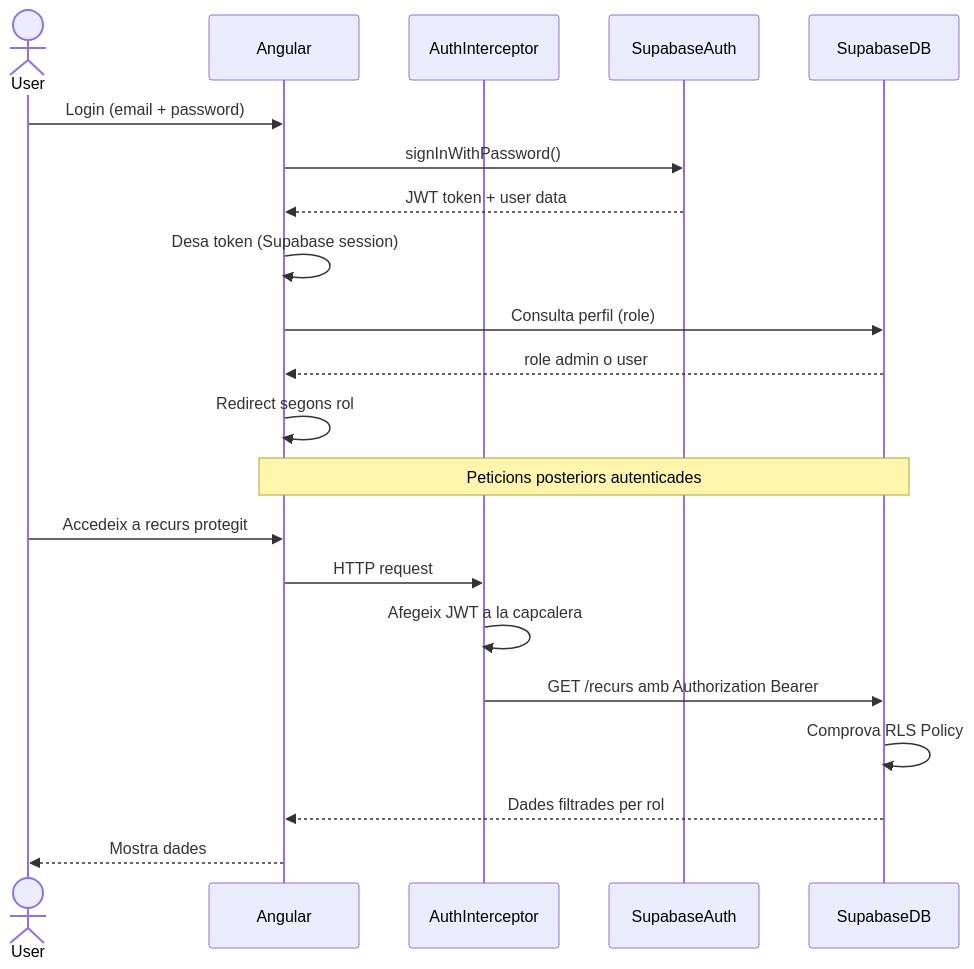
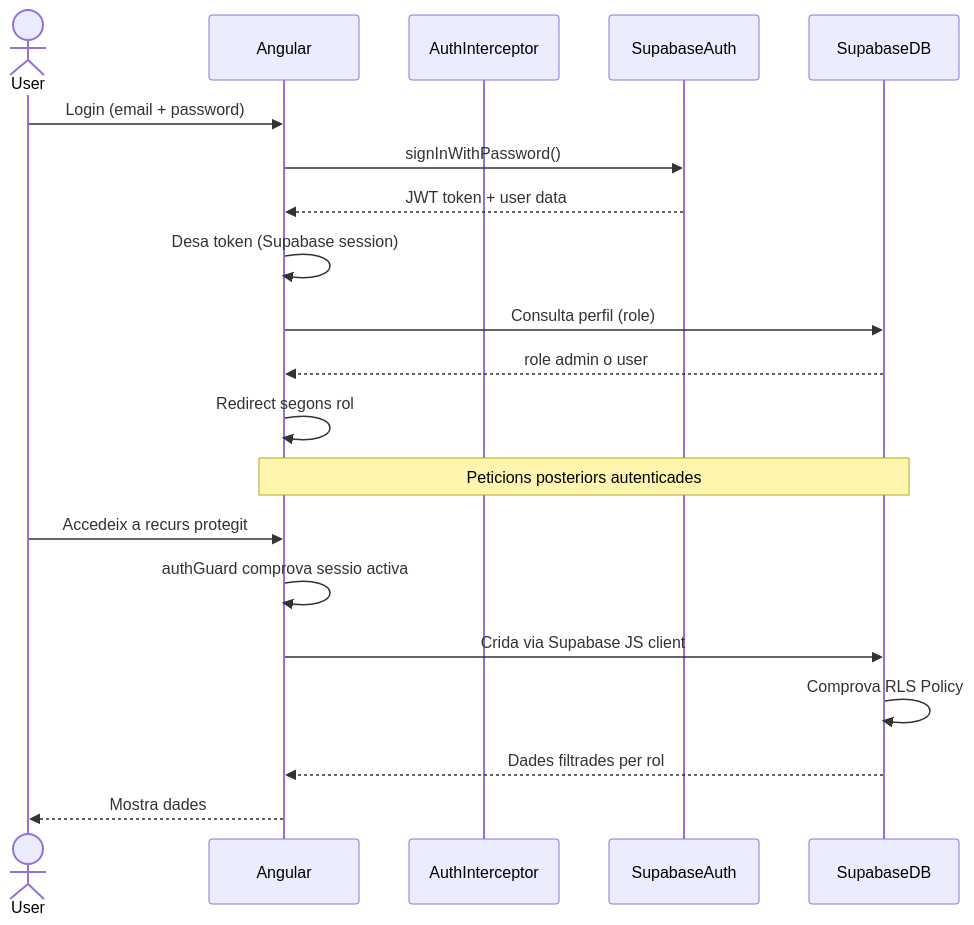
One commit to isahun/winter-garden changed the fifth of 8 diagrams in DIAGRAMS.md. Above: the diagram before and after it, drawn with Mermaid. The commit also changed other lines of this file, not shown here.

Commit message:
docs(diagrams): fix architecture, ER, admin flow and auth sequence to match real implementation

````diff
--- a/DIAGRAMS.md
+++ b/DIAGRAMS.md
@@ -213,26 +226,25 @@
 ```mermaid
 sequenceDiagram
     actor User
     participant Angular
     participant AuthInterceptor
     participant SupabaseAuth
     participant SupabaseDB
 
     User->>Angular: Login (email + password)
     Angular->>SupabaseAuth: signInWithPassword()
     SupabaseAuth-->>Angular: JWT token + user data
     Angular->>Angular: Desa token (Supabase session)
     Angular->>SupabaseDB: Consulta perfil (role)
     SupabaseDB-->>Angular: role admin o user
     Angular->>Angular: Redirect segons rol
 
     Note over Angular,SupabaseDB: Peticions posteriors autenticades
 
     User->>Angular: Accedeix a recurs protegit
-    Angular->>AuthInterceptor: HTTP request
-    AuthInterceptor->>AuthInterceptor: Afegeix JWT a la capcalera
-    AuthInterceptor->>SupabaseDB: GET /recurs amb Authorization Bearer
+    Angular->>Angular: authGuard comprova sessio activa
+    Angular->>SupabaseDB: Crida via Supabase JS client
     SupabaseDB->>SupabaseDB: Comprova RLS Policy
     SupabaseDB-->>Angular: Dades filtrades per rol
     Angular-->>User: Mostra dades
 ```
````
